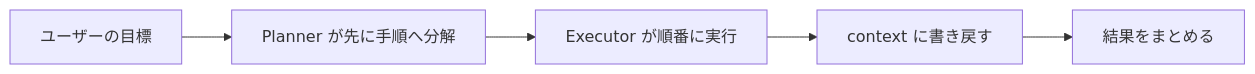
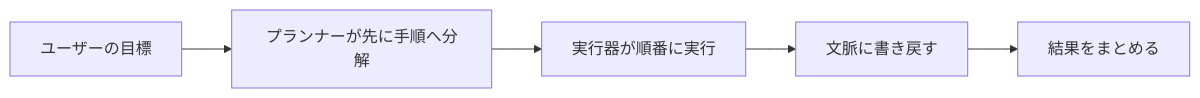
One commit to oudbiao/AI-fullstack-course changed the diagram in i18n/ja/docusaurus-plugin-content-docs/current/ch09-agent/ch02-reasoning/04-plan-and-execute.md. Above: the diagram before and after it, drawn with Mermaid. The commit also changed other lines of this file and 252 other files, not shown here.

````diff
--- a/i18n/ja/docusaurus-plugin-content-docs/current/ch09-agent/ch02-reasoning/04-plan-and-execute.md
+++ b/i18n/ja/docusaurus-plugin-content-docs/current/ch09-agent/ch02-reasoning/04-plan-and-execute.md
@@ -36,7 +36,7 @@
 ```mermaid
 flowchart LR
-    A["ユーザーの目標"] --> B["Planner が先に手順へ分解"]
-    B --> C["Executor が順番に実行"]
-    C --> D["context に書き戻す"]
+    A["ユーザーの目標"] --> B["プランナーが先に手順へ分解"]
+    B --> C["実行器が順番に実行"]
+    C --> D["文脈に書き戻す"]
     D --> E["結果をまとめる"]
 ```
````
